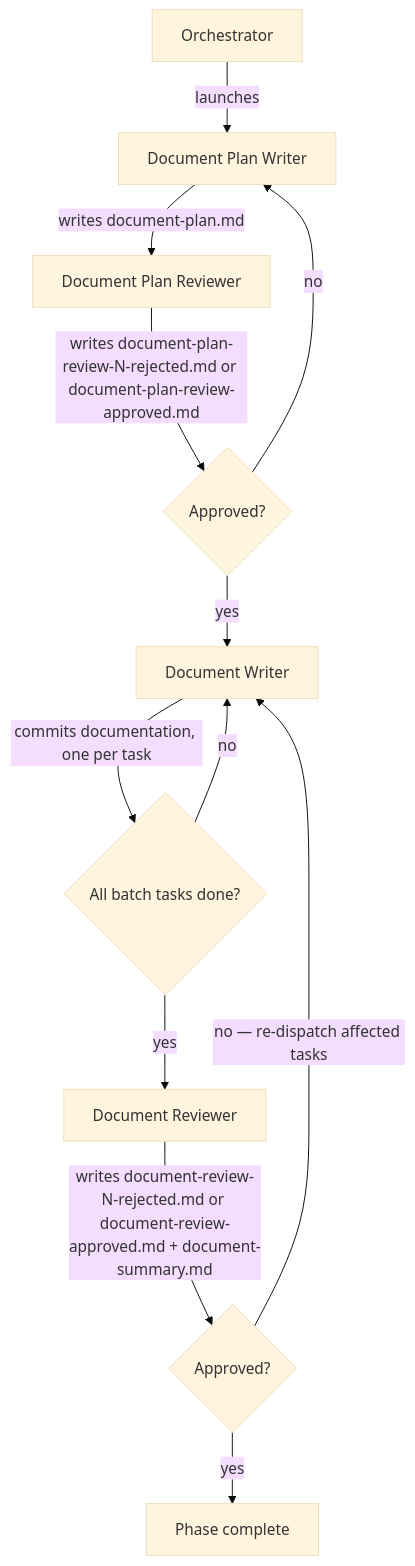
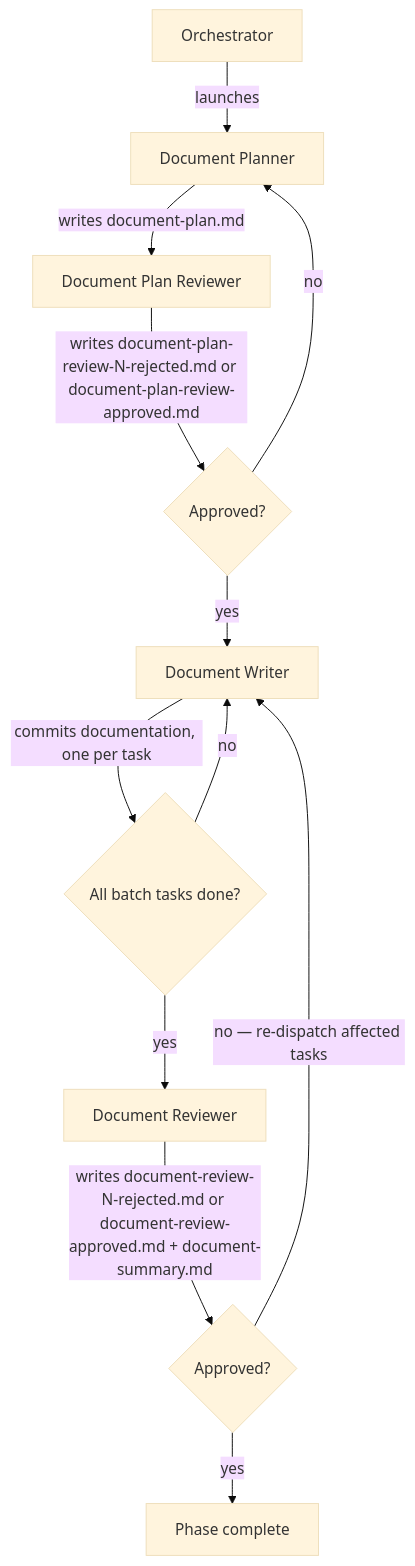
One commit to Automattic/radical-pipelines changed the diagram in skills/radical-pipelines/reference/autonomous-phases/4 - document.md. Above: the diagram before and after it, drawn with Mermaid (base theme). The commit also changed 5 other files, not shown here.

````diff
--- a/skills/radical-pipelines/reference/autonomous-phases/4 - document.md
+++ b/skills/radical-pipelines/reference/autonomous-phases/4 - document.md
@@ -50,14 +50,14 @@
 ```mermaid
 flowchart TD
-    A[Orchestrator] -->|launches| B[Document Plan Writer]
+    A[Orchestrator] -->|launches| B[Document Planner]
     B -->|writes document-plan.md| C[Document Plan Reviewer]
     C -->|writes document-plan-review-N-rejected.md or document-plan-review-approved.md| D{Approved?}
     D -->|no| B
     D -->|yes| E[Document Writer]
     E -->|commits documentation, one per task| F{All batch tasks done?}
     F -->|no| E
     F -->|yes| G[Document Reviewer]
     G -->|writes document-review-N-rejected.md or document-review-approved.md + document-summary.md| H{Approved?}
     H -->|no — re-dispatch affected tasks| E
     H -->|yes| I[Phase complete]
 ```
````
